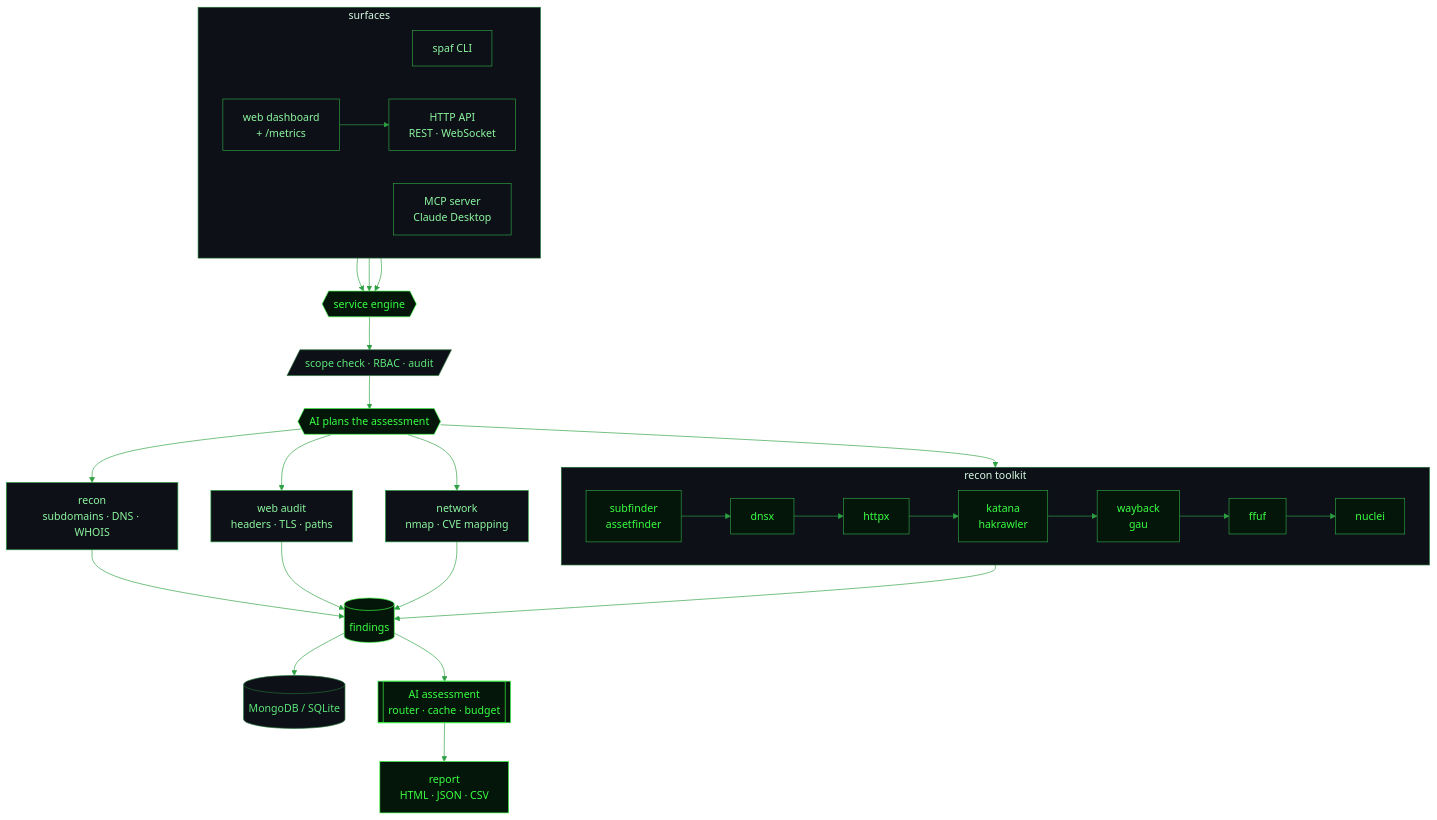
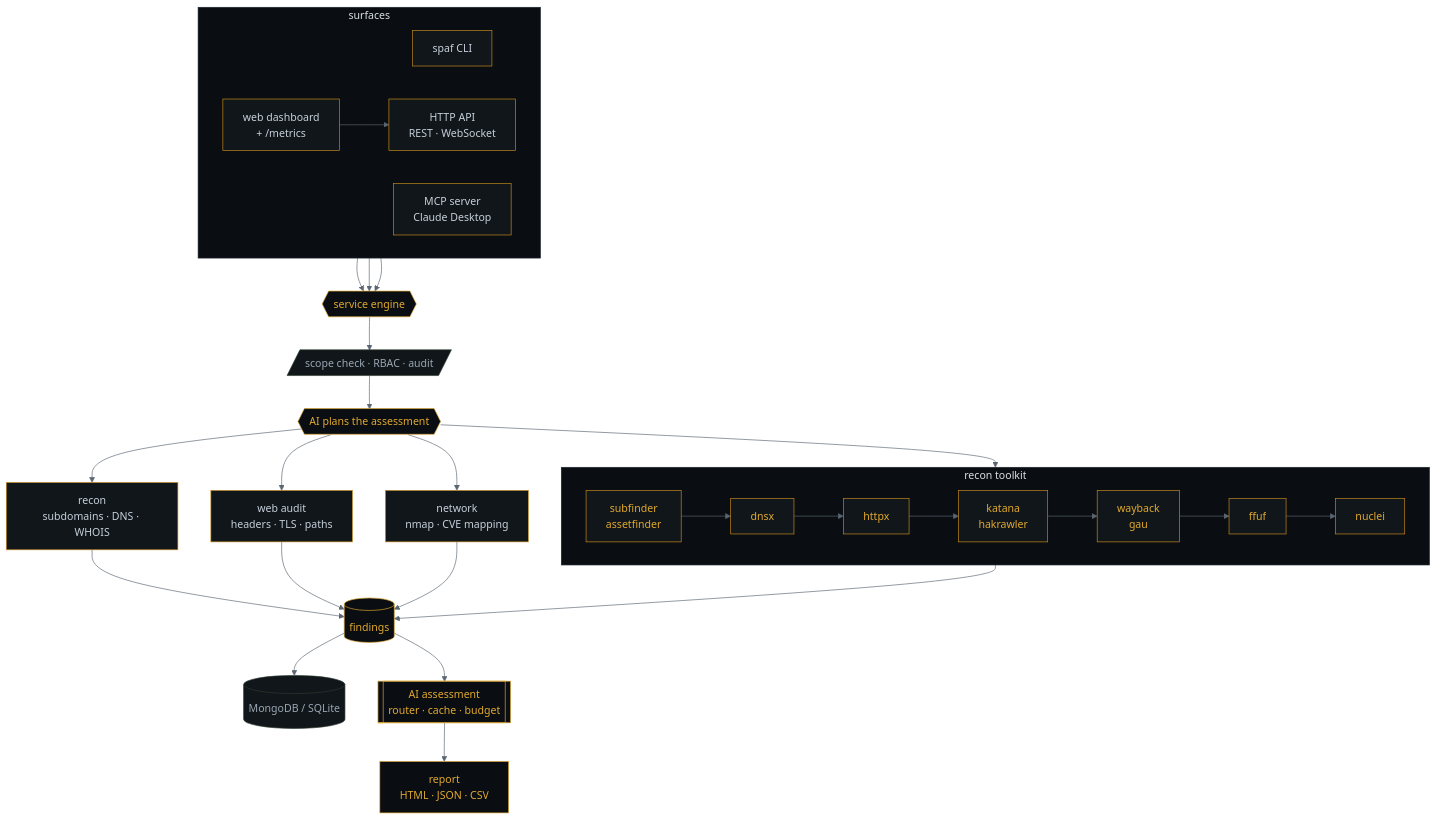
The diagram in README.md (geevarghesekthomas84-sys/spaf), drawn with Mermaid before and after one commit. The commit also changed other lines of this file and 1 other file, not shown here.

````diff
--- a/README.md
+++ b/README.md
@@ -73,43 +71,43 @@
 ```mermaid
-%%{init: {'theme':'base','themeVariables':{'fontFamily':'JetBrains Mono, ui-monospace, monospace','primaryColor':'#04150a','primaryTextColor':'#39FF41','primaryBorderColor':'#2ea043','lineColor':'#2ea043','clusterBkg':'#0d1117','clusterBorder':'#1f6f33'}}}%%
+%%{init: {'theme':'base','themeVariables':{'fontFamily':'JetBrains Mono, ui-monospace, monospace','primaryColor':'#11161a','primaryTextColor':'#E0A82E','primaryBorderColor':'#C98B1C','lineColor':'#5B6672','clusterBkg':'#0a0e12','clusterBorder':'#1c2630'}}}%%
 flowchart TD
   subgraph SURF [ surfaces ]
     direction LR
     CLI[spaf CLI]:::box
     API[HTTP API<br/>REST · WebSocket]:::box
     DASH[web dashboard<br/>+ /metrics]:::box
     MCP[MCP server<br/>Claude Desktop]:::box
   end
 
   CLI --> SVC
   API --> SVC
   DASH --> API
   MCP --> SVC
 
   SVC{{ service engine }}:::hot
   SVC --> GATE[/ scope check · RBAC · audit /]:::dim
   GATE --> A{{ AI plans the assessment }}:::hot
 
   A --> R[recon<br/>subdomains · DNS · WHOIS]:::box
   A --> TK
   A --> W[web audit<br/>headers · TLS · paths]:::box
   A --> N[network<br/>nmap · CVE mapping]:::box
 
   subgraph TK [recon toolkit]
     direction LR
     s1[subfinder<br/>assetfinder] --> s2[dnsx] --> s3[httpx] --> s4[katana<br/>hakrawler] --> s5[wayback<br/>gau] --> s6[ffuf] --> s7[nuclei]
   end
 
   R --> F[( findings )]:::hot
   TK --> F
   W --> F
   N --> F
 
   F --> DB[( MongoDB / SQLite )]:::dim
   F --> AI[[ AI assessment<br/>router · cache · budget ]]:::hot
   AI --> REP[report<br/>HTML · JSON · CSV]:::hot
 
-  classDef hot fill:#04150a,stroke:#39FF41,color:#39FF41,stroke-width:1px;
-  classDef box fill:#0d1117,stroke:#2ea043,color:#8CF5A0;
-  classDef dim fill:#0d1117,stroke:#1f6f33,color:#5CE47A;
+  classDef hot fill:#0a0e12,stroke:#E0A82E,color:#E0A82E,stroke-width:1px;
+  classDef box fill:#11161a,stroke:#C98B1C,color:#C6D0DA;
+  classDef dim fill:#11161a,stroke:#2b3a2f,color:#9AA6B2;
 ```
````
